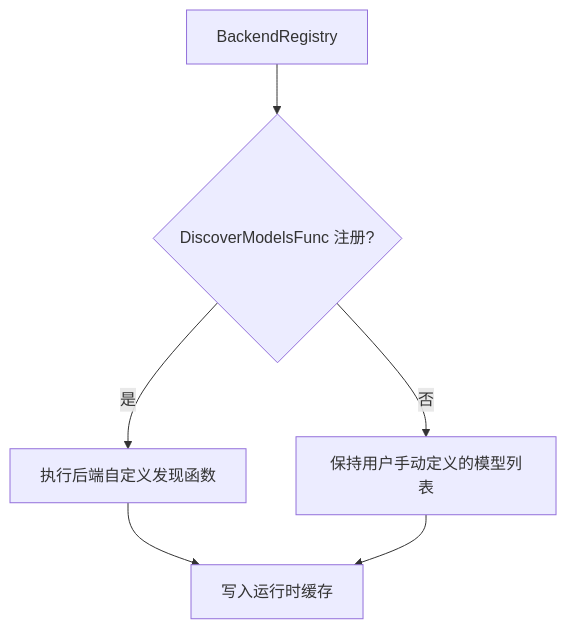
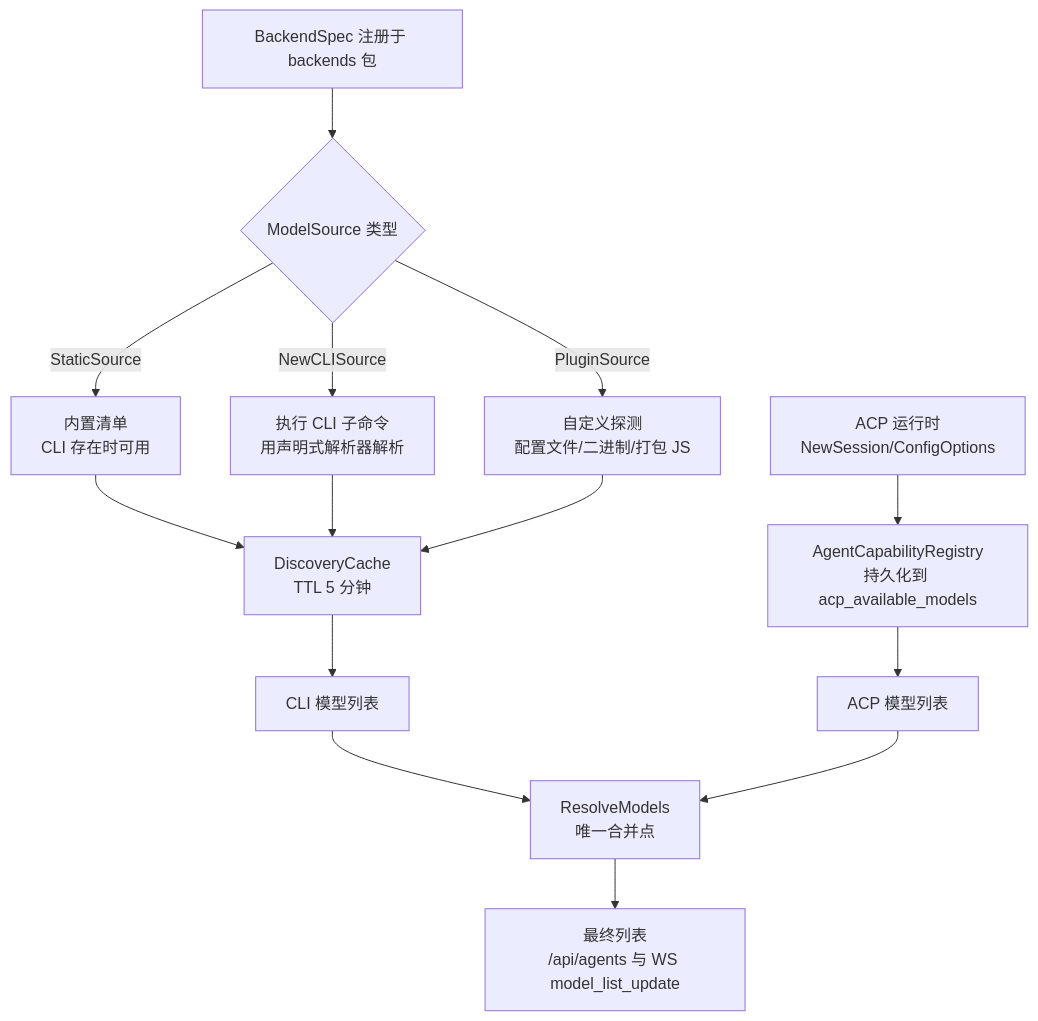
One commit to clawbench-dev/clawbench changed the second of 2 diagrams in docs/spec/infra/config-and-discovery.md. Above: the diagram before and after it, drawn with Mermaid. The commit also changed other lines of this file and 62 other files, not shown here.

````diff
--- a/docs/spec/infra/config-and-discovery.md
+++ b/docs/spec/infra/config-and-discovery.md
@@ -22,9 +29,16 @@
 ```mermaid
 flowchart TD
-    A[BackendRegistry] --> B{DiscoverModelsFunc 注册?}
-    B -->|是| C[执行后端自定义发现函数]
-    B -->|否| D[保持用户手动定义的模型列表]
-
-    C --> E[写入运行时缓存]
-    D --> E
+    A[BackendSpec 注册于 backends 包] --> B{ModelSource 类型}
+    B -->|StaticSource| C[内置清单<br/>CLI 存在时可用]
+    B -->|NewCLISource| D[执行 CLI 子命令<br/>用声明式解析器解析]
+    B -->|PluginSource| E[自定义探测<br/>配置文件/二进制/打包 JS]
+    C --> F[DiscoveryCache<br/>TTL 5 分钟]
+    D --> F
+    E --> F
+    F --> G[CLI 模型列表]
+    H[ACP 运行时<br/>NewSession/ConfigOptions] --> I[AgentCapabilityRegistry<br/>持久化到 acp_available_models]
+    I --> J[ACP 模型列表]
+    G --> K[ResolveModels<br/>唯一合并点]
+    J --> K
+    K --> L[最终列表<br/>/api/agents 与 WS model_list_update]
 ```
````
